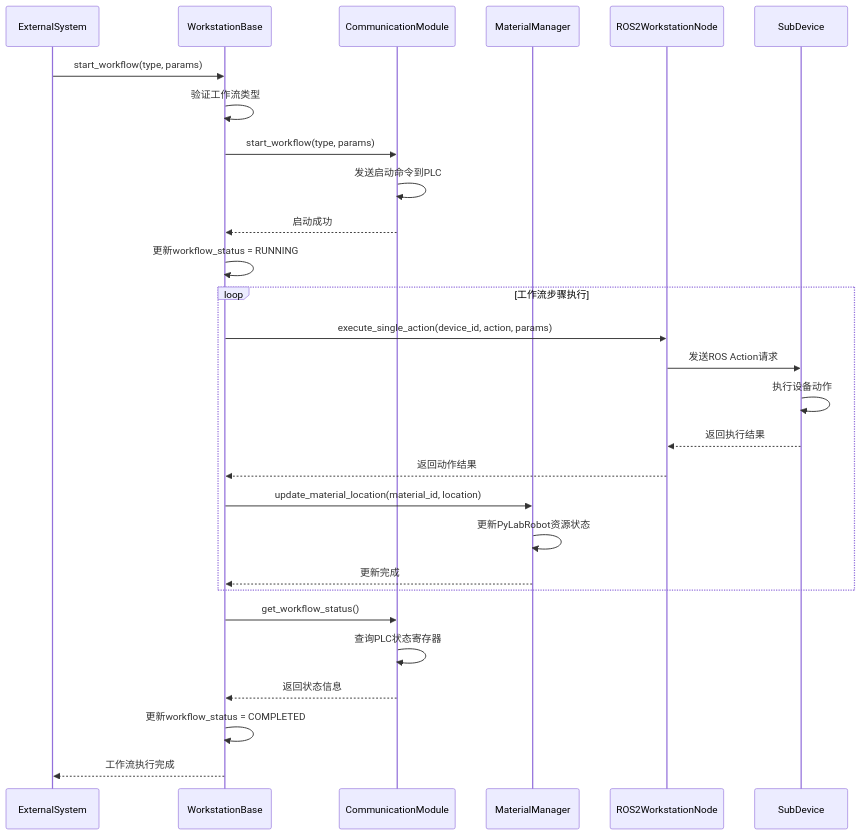
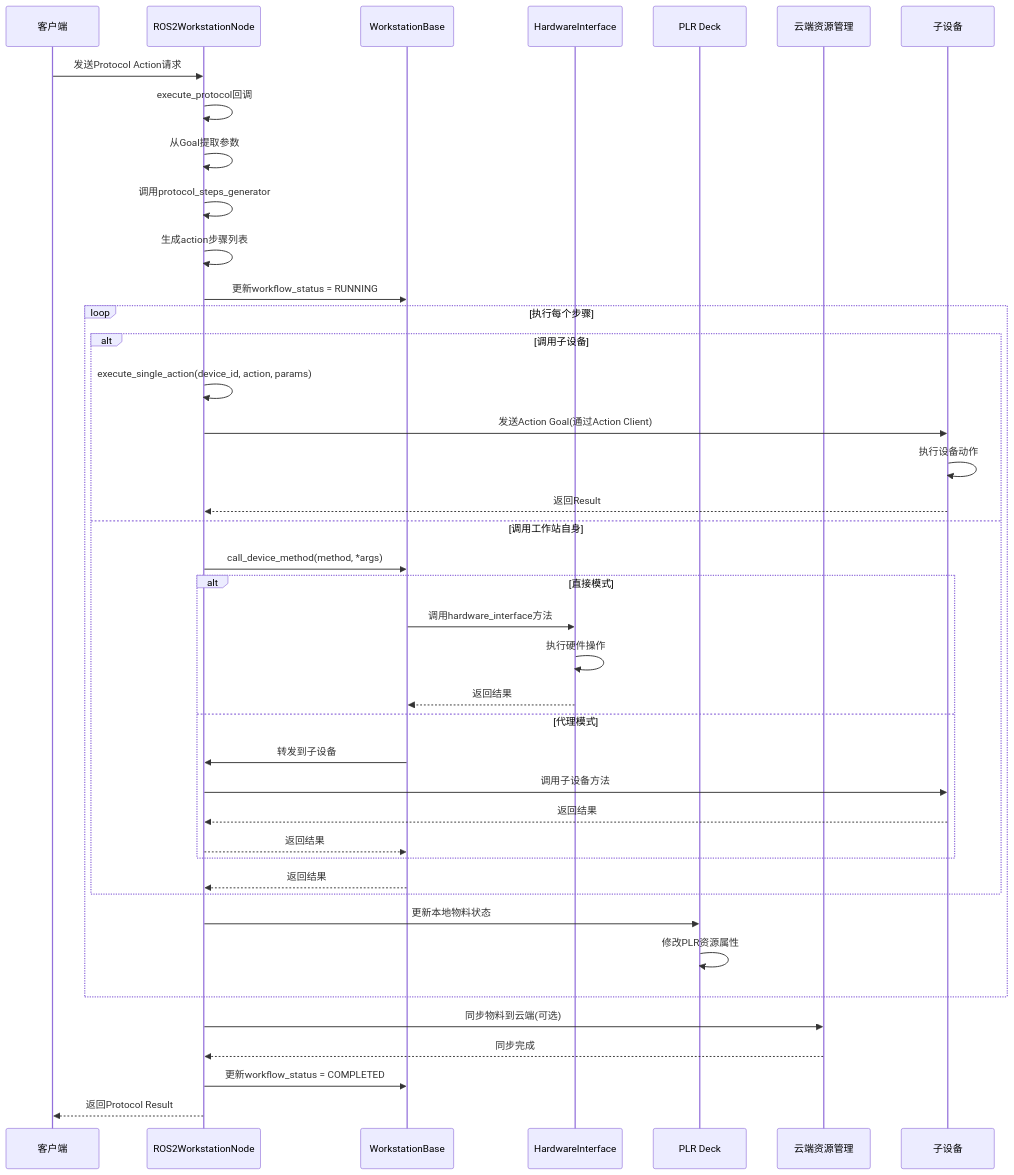
Before and after one commit to dptech-corp/Uni-Lab-OS: the sixth of 8 diagrams in docs/developer_guide/workstation_architecture.md, drawn with Mermaid. The commit also changed other lines of this file and 23 other files, not shown here.

````diff
--- a/docs/developer_guide/workstation_architecture.md
+++ b/docs/developer_guide/workstation_architecture.md
@@ -188,36 +359,49 @@
-```mermaid
+```{mermaid}
 sequenceDiagram
-    participant EXT as ExternalSystem
+    participant CLIENT as 客户端
+    participant ROS as ROS2WorkstationNode
     participant WS as WorkstationBase
-    participant COMM as CommunicationModule
-    participant MAT as MaterialManager
-    participant ROS as ROS2WorkstationNode
-    participant DEV as SubDevice
+    participant HW as HardwareInterface
+    participant DECK as PLR Deck
+    participant CLOUD as 云端资源管理
+    participant DEV as 子设备
+  
+    CLIENT->>ROS: 发送Protocol Action请求
+    ROS->>ROS: execute_protocol回调
+    ROS->>ROS: 从Goal提取参数
+    ROS->>ROS: 调用protocol_steps_generator
+    ROS->>ROS: 生成action步骤列表
+  
+    ROS->>WS: 更新workflow_status = RUNNING
+  
+    loop 执行每个步骤
+        alt 调用子设备
+            ROS->>ROS: execute_single_action(device_id, action, params)
+            ROS->>DEV: 发送Action Goal(通过Action Client)
+            DEV->>DEV: 执行设备动作
+            DEV-->>ROS: 返回Result
+        else 调用工作站自身
+            ROS->>WS: call_device_method(method, *args)
+            alt 直接模式
+                WS->>HW: 调用hardware_interface方法
+                HW->>HW: 执行硬件操作
+                HW-->>WS: 返回结果
+            else 代理模式
+                WS->>ROS: 转发到子设备
+                ROS->>DEV: 调用子设备方法
+                DEV-->>ROS: 返回结果
+                ROS-->>WS: 返回结果
+            end
+            WS-->>ROS: 返回结果
+        end
     
-    EXT->>WS: start_workflow(type, params)
-    WS->>WS: 验证工作流类型
-    WS->>COMM: start_workflow(type, params)
-    COMM->>COMM: 发送启动命令到PLC
-    COMM-->>WS: 启动成功
-    
-    WS->>WS: 更新workflow_status = RUNNING
-    
-    loop 工作流步骤执行
-        WS->>ROS: execute_single_action(device_id, action, params)
-        ROS->>DEV: 发送ROS Action请求
-        DEV->>DEV: 执行设备动作
-        DEV-->>ROS: 返回执行结果
-        ROS-->>WS: 返回动作结果
-        
-        WS->>MAT: update_material_location(material_id, location)
-        MAT->>MAT: 更新PyLabRobot资源状态
-        MAT-->>WS: 更新完成
+        ROS->>DECK: 更新本地物料状态
+        DECK->>DECK: 修改PLR资源属性
     end
-    
-    WS->>COMM: get_workflow_status()
-    COMM->>COMM: 查询PLC状态寄存器
-    COMM-->>WS: 返回状态信息
-    
-    WS->>WS: 更新workflow_status = COMPLETED
-    WS-->>EXT: 工作流执行完成
+  
+    ROS->>CLOUD: 同步物料到云端(可选)
+    CLOUD-->>ROS: 同步完成
+  
+    ROS->>WS: 更新workflow_status = COMPLETED
+    ROS-->>CLIENT: 返回Protocol Result
 ```
````
